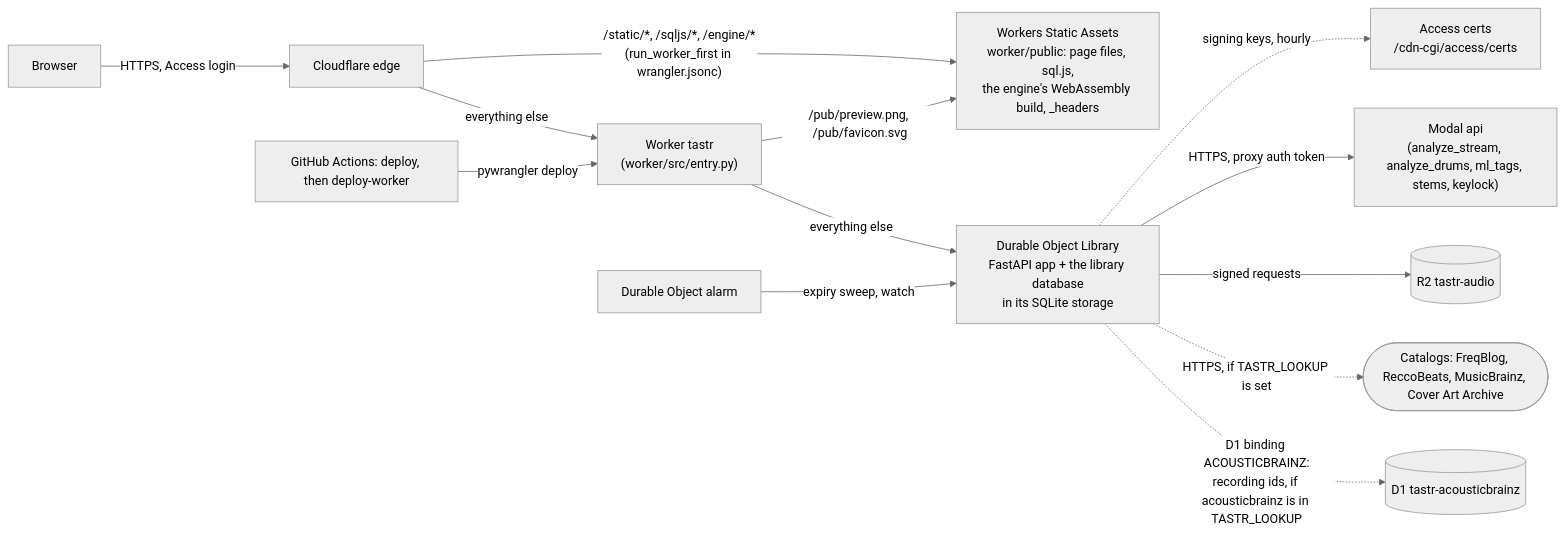
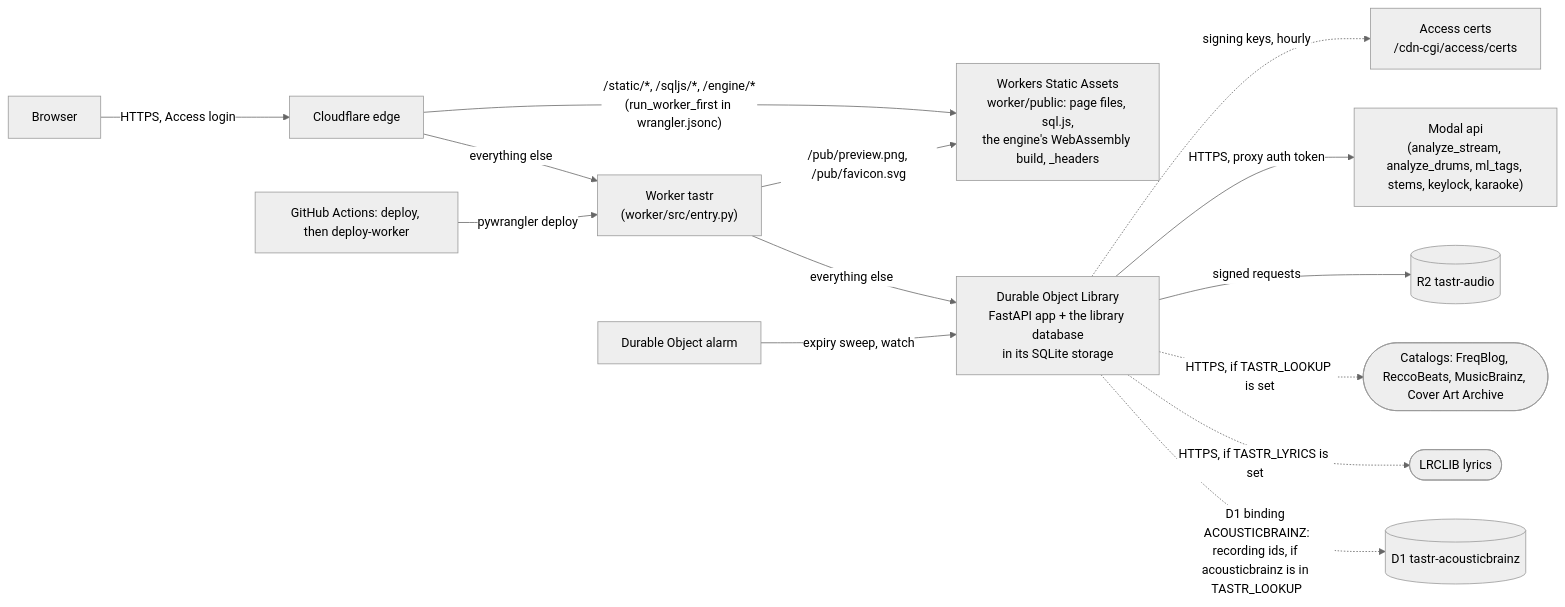
The third of 3 diagrams in docs/hosting-map.md (pocketIlmatto/tastr), drawn with Mermaid (neutral theme) before and after one commit. The commit also changed other lines of this file and 18 other files, not shown here.

First line of the commit message:
Lyrics from LRCLIB and a karaoke mix of the stems (server side) (#217)

````diff
--- a/docs/hosting-map.md
+++ b/docs/hosting-map.md
@@ -349,15 +358,16 @@
 ```mermaid
 flowchart LR
     B[Browser] -->|HTTPS, Access login| CF[Cloudflare edge]
     CF -->|"everything else"| W["Worker tastr<br/>(worker/src/entry.py)"]
     CF -->|"/static/*, /sqljs/*, /engine/*<br/>(run_worker_first in wrangler.jsonc)"| SA["Workers Static Assets<br/>worker/public: page files, sql.js,<br/>the engine's WebAssembly build, _headers"]
     W -->|"/pub/preview.png, /pub/favicon.svg"| SA
     W -->|everything else| DO["Durable Object Library<br/>FastAPI app + the library database<br/>in its SQLite storage"]
     DO -.->|signing keys, hourly| AK[Access certs<br/>/cdn-cgi/access/certs]
     AL[Durable Object alarm] -->|expiry sweep, watch| DO
     GHD[GitHub Actions: deploy, then deploy-worker] -->|pywrangler deploy| W
-    DO -->|HTTPS, proxy auth token| MA["Modal api<br/>(analyze_stream, analyze_drums, ml_tags, stems, keylock)"]
+    DO -->|HTTPS, proxy auth token| MA["Modal api<br/>(analyze_stream, analyze_drums, ml_tags, stems, keylock, karaoke)"]
     DO -->|signed requests| R2B[(R2 tastr-audio)]
     DO -.->|HTTPS, if TASTR_LOOKUP is set| CAT2([Catalogs: FreqBlog, ReccoBeats, MusicBrainz, Cover Art Archive])
+    DO -.->|HTTPS, if TASTR_LYRICS is set| LRC2([LRCLIB lyrics])
     DO -.->|"D1 binding ACOUSTICBRAINZ:<br/>recording ids, if acousticbrainz is in TASTR_LOOKUP"| D1B[(D1 tastr-acousticbrainz)]
 ```
````
